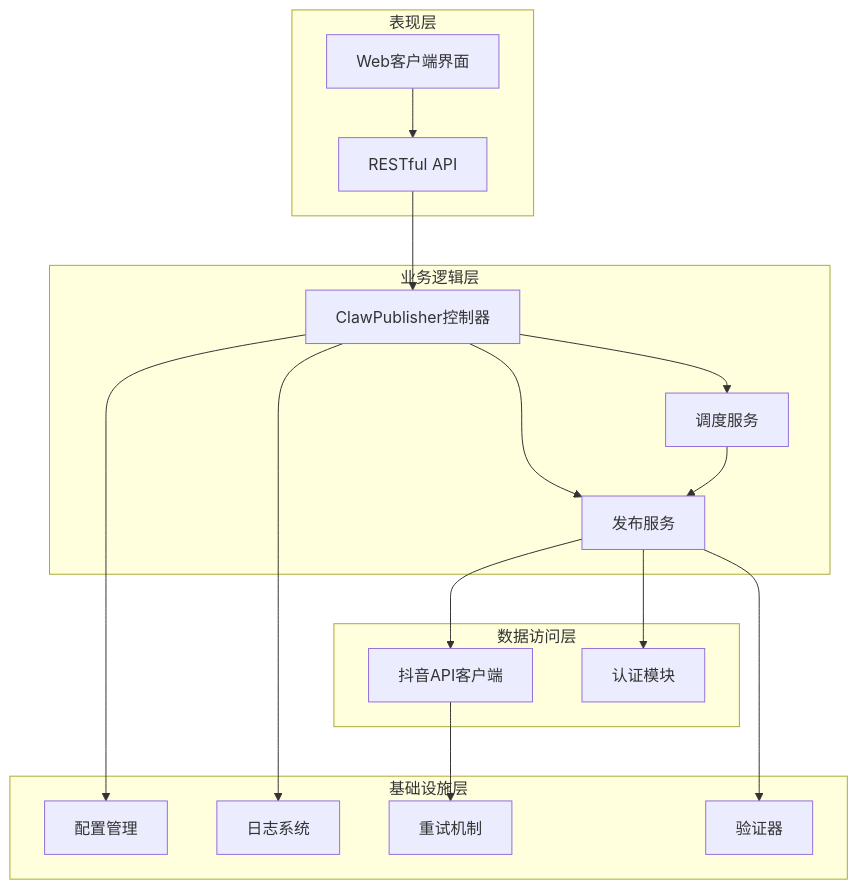
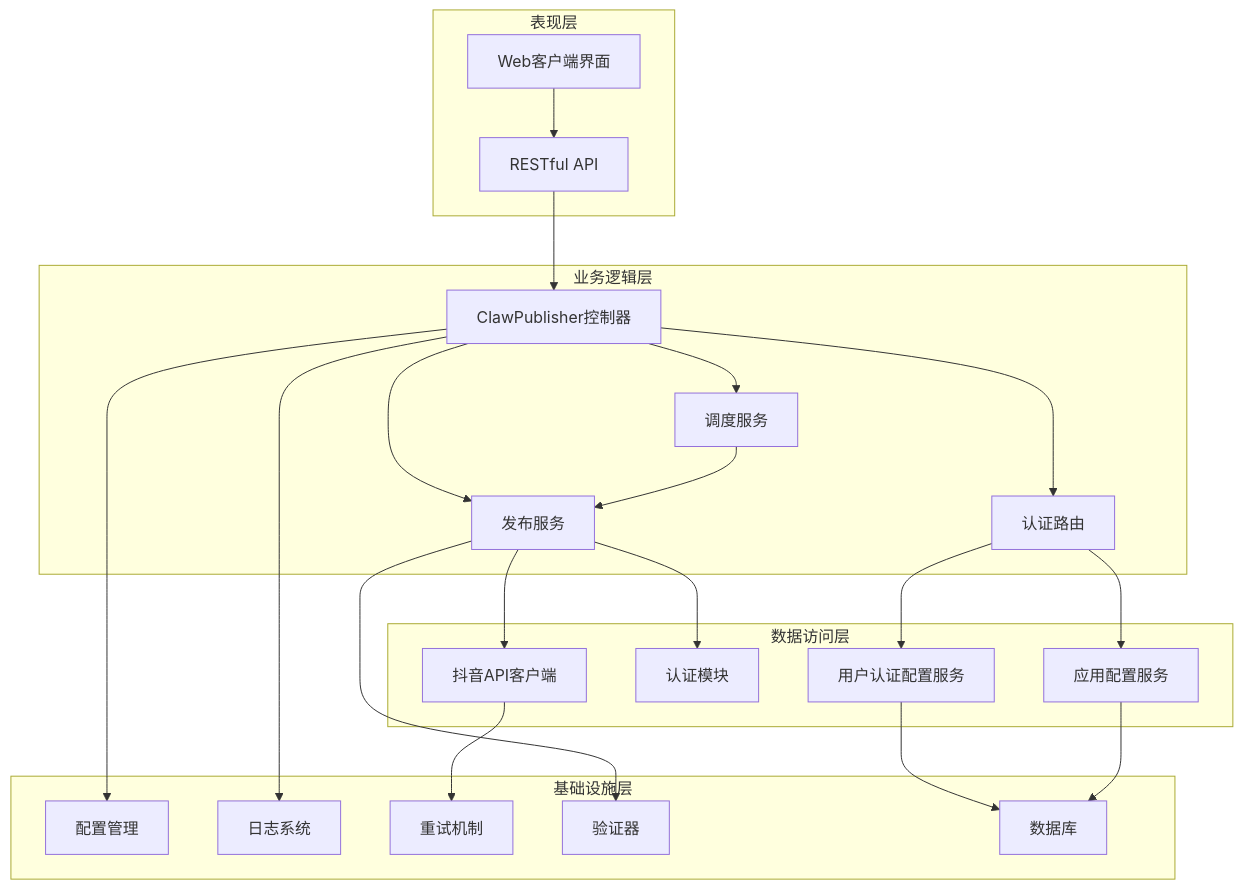
The fifth of 10 diagrams in .qoder/repowiki/zh/content/核心模块详解/认证模块/抖音认证系统.md (songdiyang/clawOperations), drawn with Mermaid before and after one commit. The commit also changed other lines of this file and 6 other files, not shown here.

````diff
--- a/.qoder/repowiki/zh/content/核心模块详解/认证模块/抖音认证系统.md
+++ b/.qoder/repowiki/zh/content/核心模块详解/认证模块/抖音认证系统.md
@@ -177,33 +237,42 @@
 ```mermaid
 graph TB
 subgraph "表现层"
 WebUI[Web客户端界面]
 API[RESTful API]
 end
 subgraph "业务逻辑层"
 Controller[ClawPublisher控制器]
 PublishService[发布服务]
 SchedulerService[调度服务]
+AuthRoutes[认证路由]
 end
 subgraph "数据访问层"
 DouyinClient[抖音API客户端]
 Auth[认证模块]
+UserAuthConfigService[用户认证配置服务]
+AppConfigService[应用配置服务]
 end
 subgraph "基础设施层"
 Config[配置管理]
 Logger[日志系统]
 Retry[重试机制]
 Validator[验证器]
+Database[数据库]
 end
 WebUI --> API
 API --> Controller
 Controller --> PublishService
 Controller --> SchedulerService
+Controller --> AuthRoutes
+AuthRoutes --> UserAuthConfigService
+AuthRoutes --> AppConfigService
 PublishService --> DouyinClient
 PublishService --> Auth
 SchedulerService --> PublishService
 Controller --> Config
 Controller --> Logger
 DouyinClient --> Retry
 PublishService --> Validator
+UserAuthConfigService --> Database
+AppConfigService --> Database
 ```
````
